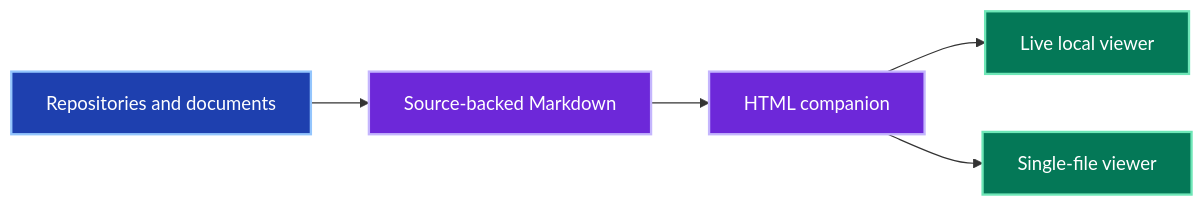
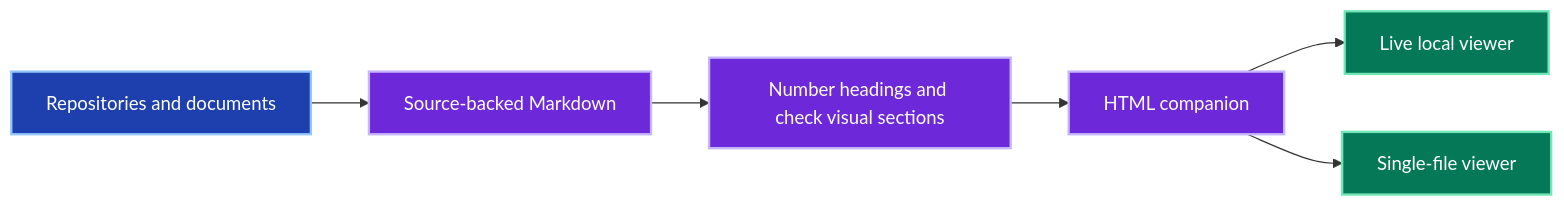
The first of 2 diagrams in skills/richdocs/README.md (jpeakai/skills), drawn with Mermaid before and after one commit. The commit also changed other lines of this file and 86 other files, not shown here.

````diff
--- a/skills/richdocs/README.md
+++ b/skills/richdocs/README.md
@@ -15,11 +15,12 @@
 ```mermaid
 flowchart LR
     S["Repositories and documents"]:::input --> M["Source-backed Markdown"]:::process
-    M --> H["HTML companion"]:::process
+    M --> G["Number headings and check visual sections"]:::process
+    G --> H["HTML companion"]:::process
     H --> L["Live local viewer"]:::output
     H --> I["Single-file viewer"]:::output
     classDef input fill:#1e40af,stroke:#93c5fd,color:#fff,stroke-width:2px
     classDef process fill:#6d28d9,stroke:#c4b5fd,color:#fff,stroke-width:2px
     classDef output fill:#047857,stroke:#6ee7b7,color:#fff,stroke-width:2px
     classDef rule fill:#334155,stroke:#cbd5e1,color:#fff,stroke-width:2px
 ```
````
